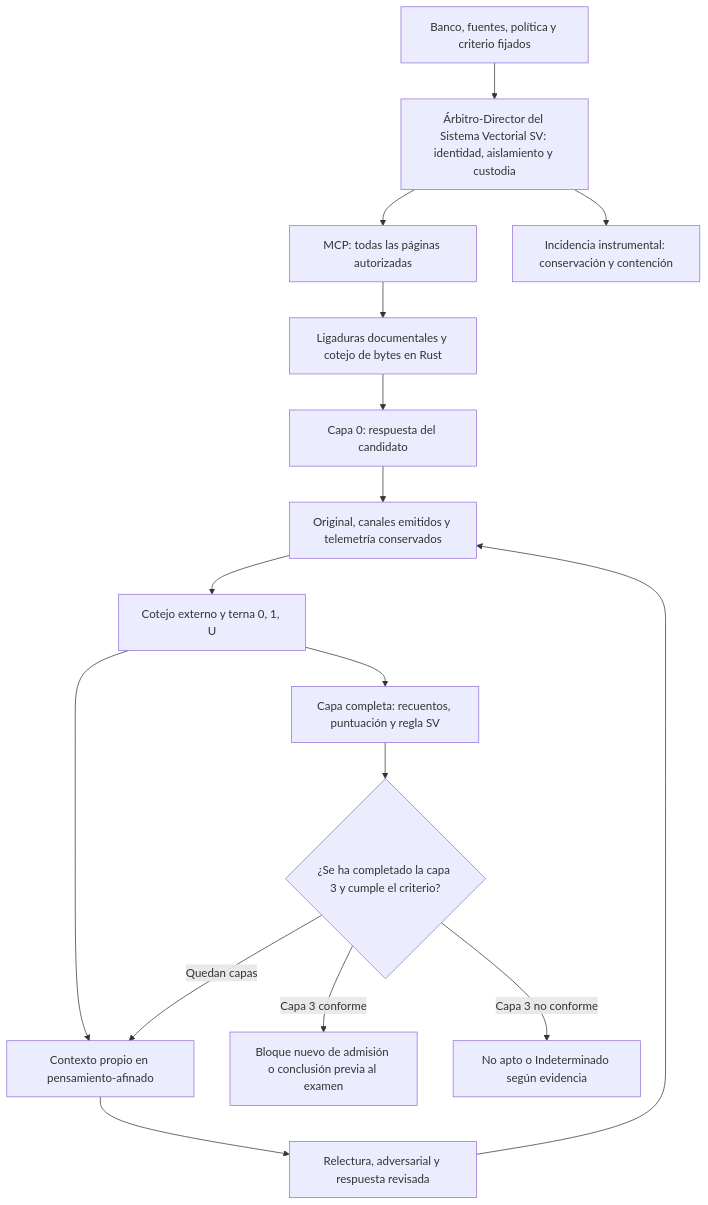
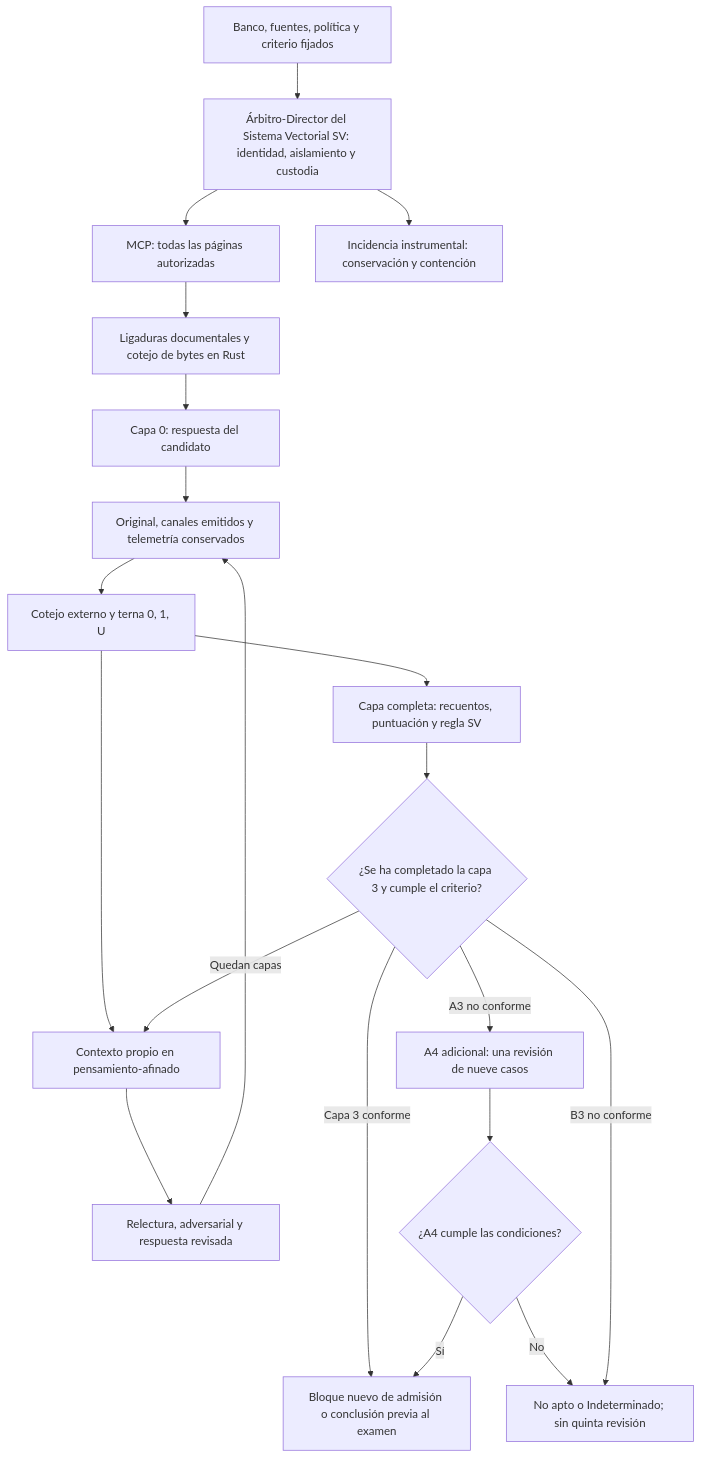
Before and after one commit to juantoniolloretegea/SV-motor: the first of 3 diagrams in laboratorio/ensayo-ia-y-observabilidad/modelos-de-ia/openai/gpt-oss-safeguard-120b/ensayos-reiterados-adversariales-y-aprendizaje/readme.md, drawn with Mermaid. The commit also changed other lines of this file and 25 other files, not shown here.

````diff
--- a/laboratorio/ensayo-ia-y-observabilidad/modelos-de-ia/openai/gpt-oss-safeguard-120b/ensayos-reiterados-adversariales-y-aprendizaje/readme.md
+++ b/laboratorio/ensayo-ia-y-observabilidad/modelos-de-ia/openai/gpt-oss-safeguard-120b/ensayos-reiterados-adversariales-y-aprendizaje/readme.md
@@ -48,18 +48,22 @@
 ```mermaid
 flowchart TD
     A["Banco, fuentes, política y criterio fijados"] --> B["Árbitro-Director del Sistema Vectorial SV: identidad, aislamiento y custodia"]
     B --> C["MCP: todas las páginas autorizadas"]
     C --> D["Ligaduras documentales y cotejo de bytes en Rust"]
     D --> E["Capa 0: respuesta del candidato"]
     E --> F["Original, canales emitidos y telemetría conservados"]
     F --> G["Cotejo externo y terna 0, 1, U"]
     G --> H["Contexto propio en pensamiento-afinado"]
     H --> I["Relectura, adversarial y respuesta revisada"]
     I --> F
     G --> J["Capa completa: recuentos, puntuación y regla SV"]
     J --> K{"¿Se ha completado la capa 3 y cumple el criterio?"}
     K -->|Quedan capas| H
     K -->|Capa 3 conforme| L["Bloque nuevo de admisión o conclusión previa al examen"]
-    K -->|Capa 3 no conforme| M["No apto o Indeterminado según evidencia"]
+    K -->|A3 no conforme| O["A4 adicional: una revisión de nueve casos"]
+    O --> P{"¿A4 cumple las condiciones?"}
+    P -->|Sí| L
+    P -->|No| M["No apto o Indeterminado; sin quinta revisión"]
+    K -->|B3 no conforme| M
     B --> N["Incidencia instrumental: conservación y contención"]
 ```
````
